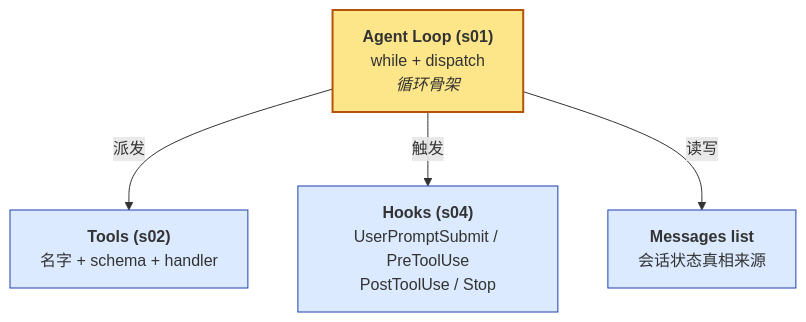
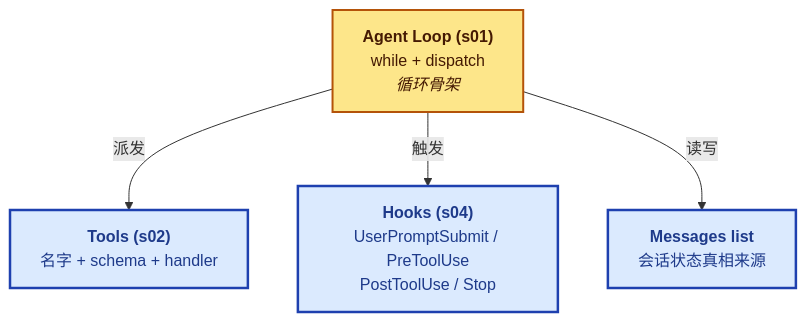
One commit to PyrePuin/From-Zero-LLM-Agent-Infra-Notes changed the diagram in Agent/Harness/Claude Code/README.md. Above: the diagram before and after it, drawn with Mermaid. The commit also changed 23 other files, not shown here.

First line of the commit message:
refactor(mermaid): 统一所有图的视觉规范

````diff
--- a/Agent/Harness/Claude Code/README.md
+++ b/Agent/Harness/Claude Code/README.md
@@ -9,14 +9,15 @@
 ```mermaid
+%%{init: {'themeVariables': {'fontSize': '16px', 'fontFamily': 'ui-sans-serif, system-ui, -apple-system, "Segoe UI", Roboto, sans-serif'}}}%%
 flowchart TD
     Loop["<b>Agent Loop (s01)</b><br/>while + dispatch<br/><i>循环骨架</i>"]
     Tools["<b>Tools (s02)</b><br/>名字 + schema + handler"]
     Hooks["<b>Hooks (s04)</b><br/>UserPromptSubmit / PreToolUse<br/>PostToolUse / Stop"]
     Messages["<b>Messages list</b><br/>会话状态真相来源"]
     Loop -->|派发| Tools
     Loop -->|触发| Hooks
     Loop -->|读写| Messages
-    style Loop fill:#fde68a,stroke:#b45309,stroke-width:2px
-    style Tools fill:#dbeafe,stroke:#1e40af
-    style Hooks fill:#dbeafe,stroke:#1e40af
-    style Messages fill:#dbeafe,stroke:#1e40af
+    style Loop fill:#fde68a,stroke:#b45309,stroke-width:2px,color:#451a03
+    style Tools fill:#dbeafe,stroke:#1e40af,stroke-width:2.5px,color:#1e3a8a
+    style Hooks fill:#dbeafe,stroke:#1e40af,stroke-width:2.5px,color:#1e3a8a
+    style Messages fill:#dbeafe,stroke:#1e40af,stroke-width:2.5px,color:#1e3a8a
 ```
````
